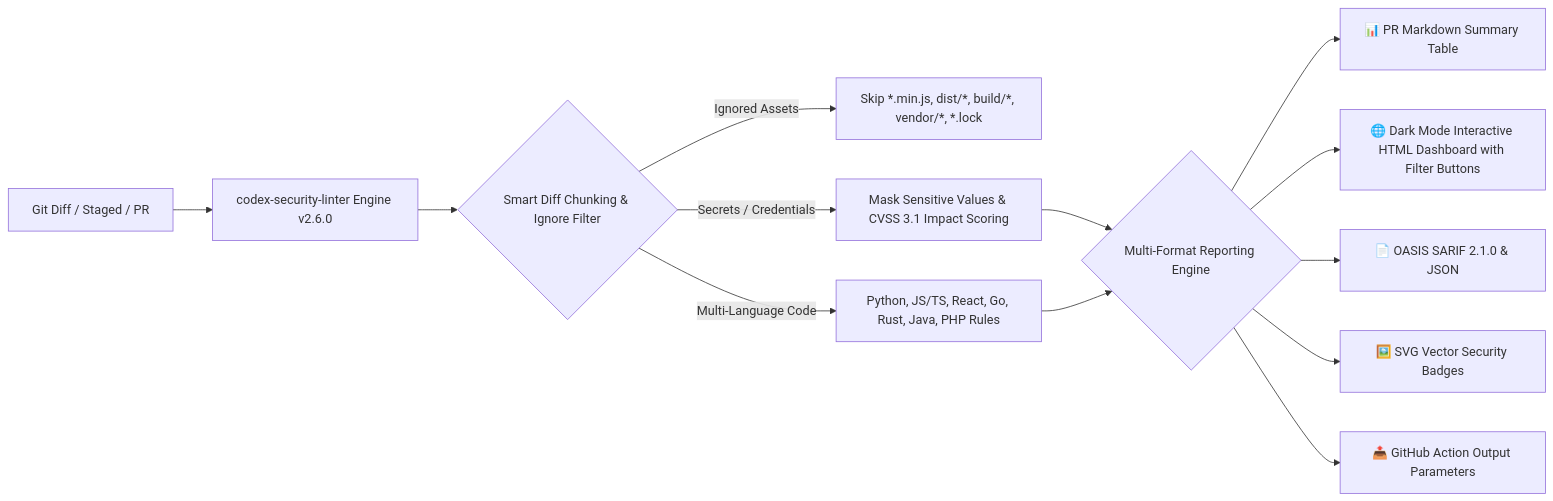
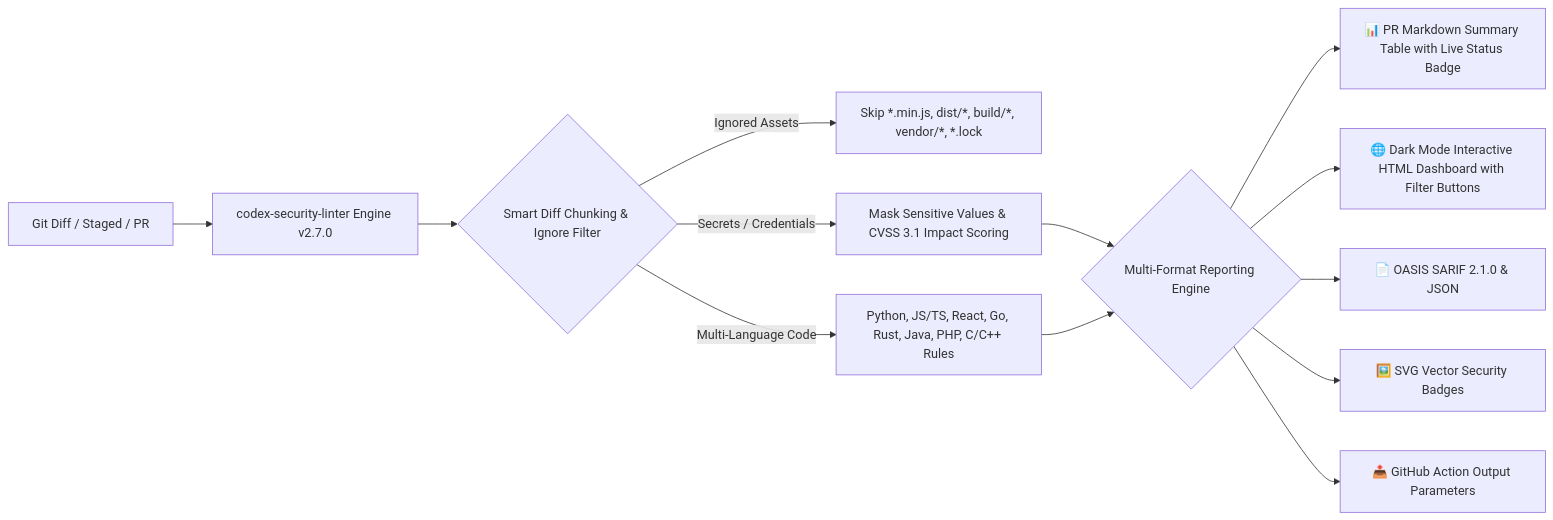
The diagram in README.md (knmt1219/codex-security-linter), drawn with Mermaid before and after one commit. The commit also changed other lines of this file and 3 other files, not shown here.

Commit message:
feat(v2.7.0): add C/C++ memory safety rules and direct badge embed in PR comments

````diff
--- a/README.md
+++ b/README.md
@@ -17,14 +17,14 @@
 ```mermaid
 graph LR
-    A[Git Diff / Staged / PR] --> B[codex-security-linter Engine v2.6.0]
+    A[Git Diff / Staged / PR] --> B[codex-security-linter Engine v2.7.0]
     B --> C{Smart Diff Chunking & Ignore Filter}
     C -->|Ignored Assets| D[Skip *.min.js, dist/*, build/*, vendor/*, *.lock]
     C -->|Secrets / Credentials| E[Mask Sensitive Values & CVSS 3.1 Impact Scoring]
-    C -->|Multi-Language Code| F[Python, JS/TS, React, Go, Rust, Java, PHP Rules]
+    C -->|Multi-Language Code| F[Python, JS/TS, React, Go, Rust, Java, PHP, C/C++ Rules]
     E & F --> G{Multi-Format Reporting Engine}
-    G --> H[📊 PR Markdown Summary Table]
+    G --> H[📊 PR Markdown Summary Table with Live Status Badge]
     G --> I[🌐 Dark Mode Interactive HTML Dashboard with Filter Buttons]
     G --> J[📄 OASIS SARIF 2.1.0 & JSON]
     G --> K[🖼️ SVG Vector Security Badges]
     G --> L[📤 GitHub Action Output Parameters]
 ```
````
